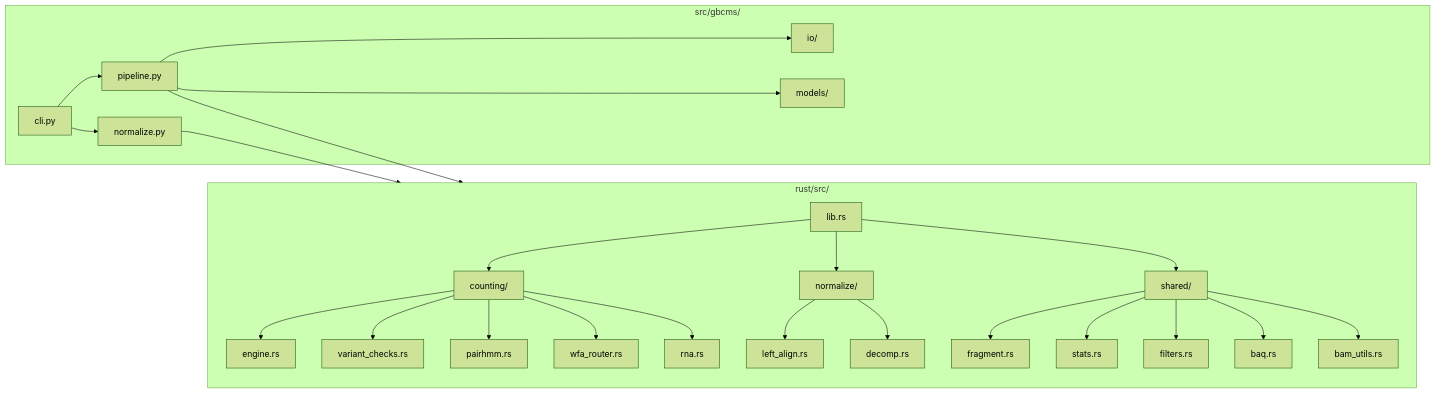
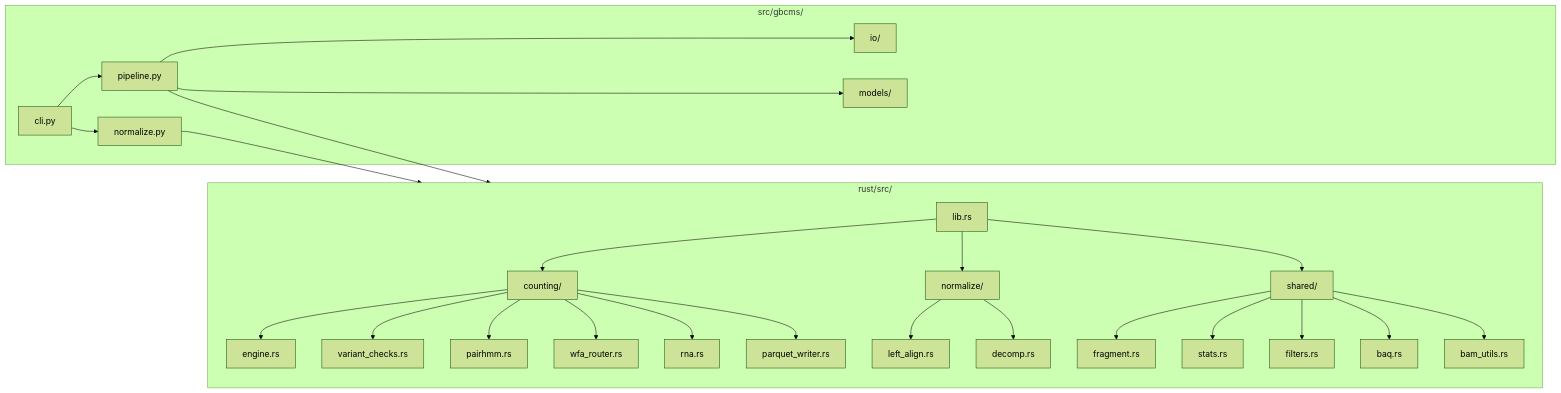
One commit to msk-access/gbcms changed the first of 2 diagrams in docs/development/developer-guide.md. Above: the diagram before and after it, drawn with Mermaid (forest theme). The commit also changed 2 other files, not shown here.

````diff
--- a/docs/development/developer-guide.md
+++ b/docs/development/developer-guide.md
@@ -75,30 +75,31 @@
 ```mermaid
 flowchart LR
     subgraph Python["src/gbcms/"]
         CLI["cli.py"] --> Pipeline["pipeline.py"]
         CLI --> Normalize["normalize.py"]
         Pipeline --> IO["io/"]
         Pipeline --> Models["models/"]
     end
 
     subgraph Rust["rust/src/"]
         Lib["lib.rs"] --> Count["counting/"]
         Lib --> Norm["normalize/"]
         Lib --> Shared["shared/"]
         Count --> Eng["engine.rs"]
         Count --> VC["variant_checks.rs"]
         Count --> PH["pairhmm.rs"]
         Count --> WFA["wfa_router.rs"]
         Count --> RNA["rna.rs"]
+        Count --> Parquet["parquet_writer.rs"]
         Norm --> LA["left_align.rs"]
         Norm --> DC["decomp.rs"]
         Shared --> Frag["fragment.rs"]
         Shared --> Stats["stats.rs"]
         Shared --> Filters["filters.rs"]
         Shared --> BAQ["baq.rs"]
         Shared --> BamU["bam_utils.rs"]
     end
 
     Pipeline --> Rust
     Normalize --> Rust
 ```
````
